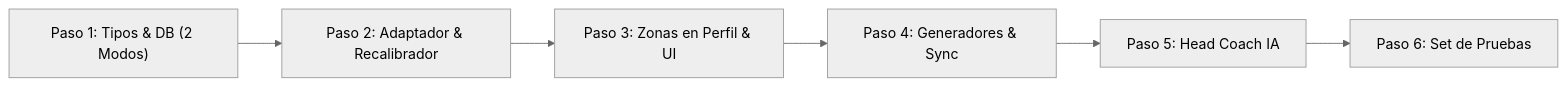
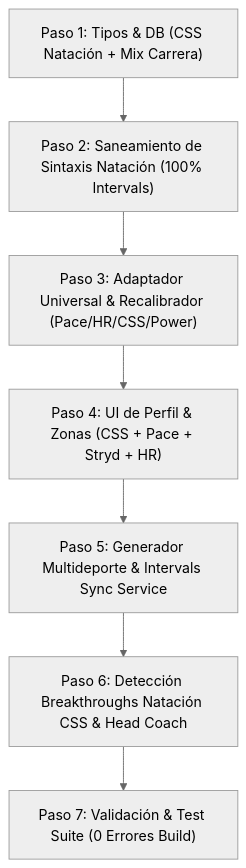
The diagram in plan_running_metrics.md (GEME80/Training-IA), drawn with Mermaid (neutral theme) before and after one commit. The commit also changed other lines of this file and 18 other files, not shown here.

Commit message:
feat(physiology): release v3.83 - motor multideporte de workouts, natacion CSS e integracion de series de carrera por distancia

````diff
--- a/plan_running_metrics.md
+++ b/plan_running_metrics.md
@@ -83,8 +69,9 @@
 ```mermaid
-flowchart LR
-    P1["Paso 1: Tipos & DB (2 Modos)"] --> P2["Paso 2: Adaptador & Recalibrador"]
-    P2 --> P3["Paso 3: Zonas en Perfil & UI"]
-    P3 --> P4["Paso 4: Generadores & Sync"]
-    P4 --> P5["Paso 5: Head Coach IA"]
-    P5 --> P6["Paso 6: Set de Pruebas"]
+flowchart TD
+    P1["Paso 1: Tipos & DB (CSS Natación + Mix Carrera)"] --> P2["Paso 2: Saneamiento de Sintaxis Natación (100% Intervals)"]
+    P2 --> P3["Paso 3: Adaptador Universal & Recalibrador (Pace/HR/CSS/Power)"]
+    P3 --> P4["Paso 4: UI de Perfil & Zonas (CSS + Pace + Stryd + HR)"]
+    P4 --> P5["Paso 5: Generador Multideporte & Intervals Sync Service"]
+    P5 --> P6["Paso 6: Detección Breakthroughs Natación CSS & Head Coach"]
+    P6 --> P7["Paso 7: Validación & Test Suite (0 Errores Build)"]
 ```
````
